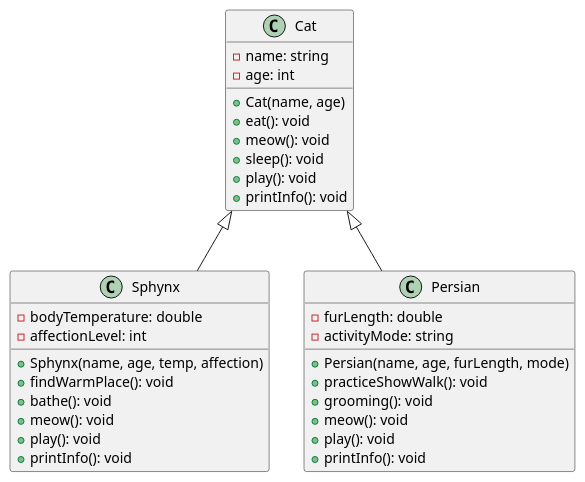
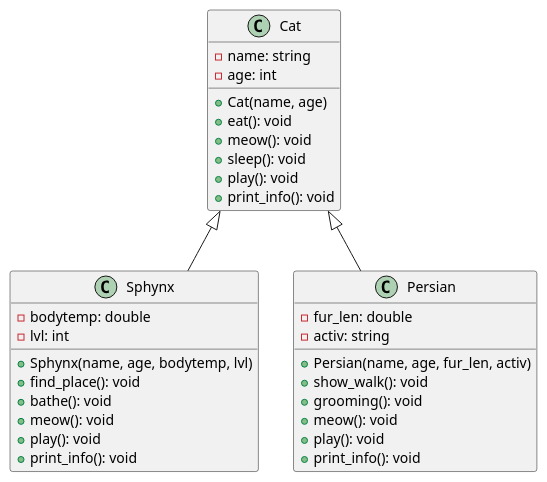
One commit to pisha6/lab1 changed the diagram in cats.puml. Above: the diagram before and after it, drawn with PlantUML.

```diff
--- a/cats.puml
+++ b/cats.puml
@@ -1,37 +1,37 @@
 @startuml
 class Cat {
   - name: string
   - age: int
   + Cat(name, age)
   + eat(): void
   + meow(): void
   + sleep(): void
   + play(): void
-  + printInfo(): void
+  + print_info(): void
 }
 
 class Sphynx {
-  - bodyTemperature: double
-  - affectionLevel: int
-  + Sphynx(name, age, temp, affection)
-  + findWarmPlace(): void
+  - bodytemp: double
+  - lvl: int
+  + Sphynx(name, age, bodytemp, lvl)
+  + find_place(): void
   + bathe(): void
   + meow(): void
   + play(): void
-  + printInfo(): void
+  + print_info(): void
 }
 
 class Persian {
-  - furLength: double
-  - activityMode: string
-  + Persian(name, age, furLength, mode)
-  + practiceShowWalk(): void
+  - fur_len: double
+  - activ: string
+  + Persian(name, age, fur_len, activ)
+  + show_walk(): void
   + grooming(): void
   + meow(): void
   + play(): void
-  + printInfo(): void
+  + print_info(): void
 }
 
 Cat <|-- Sphynx
 Cat <|-- Persian
 @enduml
```
